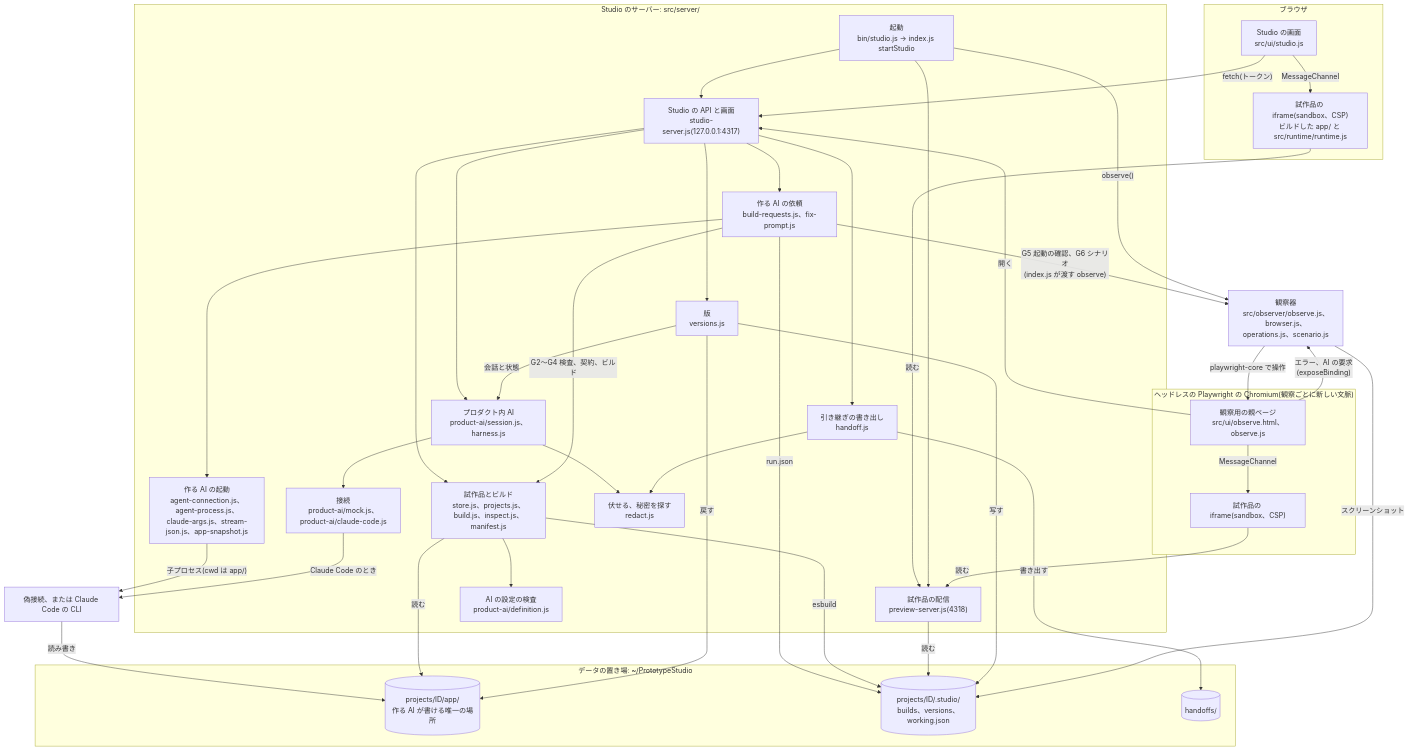
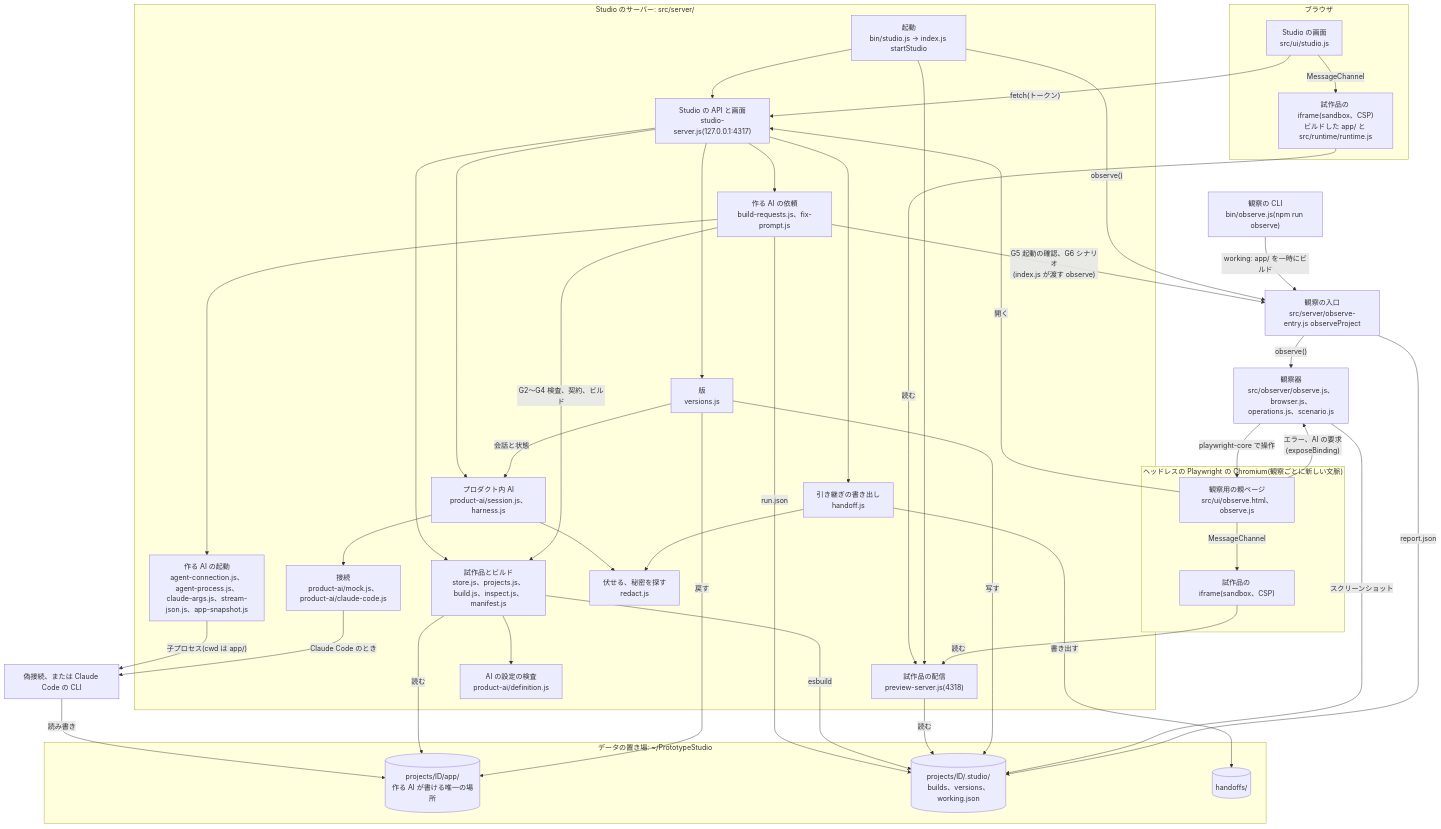
The second of 2 diagrams in docs/architecture/hld.md (jyoka/agent-prototype-studio), drawn with Mermaid before and after one commit. The commit also changed other lines of this file and 12 other files, not shown here.

Commit message:
task 310: Prototype Studio (14/31): 観察の CLI と、観察の入口を 1 つにする

````diff
--- a/docs/architecture/hld.md
+++ b/docs/architecture/hld.md
@@ -43,73 +43,78 @@
 ```mermaid
 flowchart TB
     subgraph browser["ブラウザ"]
         ui["Studio の画面<br/>src/ui/studio.js"]
         frame["試作品の iframe(sandbox、CSP)<br/>ビルドした app/ と src/runtime/runtime.js"]
     end
 
     subgraph headless["ヘッドレスの Playwright の Chromium(観察ごとに新しい文脈)"]
         host["観察用の親ページ<br/>src/ui/observe.html、observe.js"]
         oframe["試作品の iframe(sandbox、CSP)"]
     end
 
     subgraph server["Studio のサーバー: src/server/"]
         entry["起動<br/>bin/studio.js → index.js startStudio"]
         api["Studio の API と画面<br/>studio-server.js(127.0.0.1:4317)"]
         preview["試作品の配信<br/>preview-server.js(4318)"]
         store["試作品とビルド<br/>store.js、projects.js、build.js、inspect.js、<br/>manifest.js"]
         requests["作る AI の依頼<br/>build-requests.js、fix-prompt.js"]
         agent["作る AI の起動<br/>agent-connection.js、agent-process.js、<br/>claude-args.js、stream-json.js、app-snapshot.js"]
         ai["プロダクト内 AI<br/>product-ai/session.js、harness.js"]
         conn["接続<br/>product-ai/mock.js、product-ai/claude-code.js"]
         def["AI の設定の検査<br/>product-ai/definition.js"]
         versions["版<br/>versions.js"]
         handoff["引き継ぎの書き出し<br/>handoff.js"]
         redact["伏せる、秘密を探す<br/>redact.js"]
     end
 
+    observeEntry["観察の入口<br/>src/server/observe-entry.js observeProject"]
     observer["観察器<br/>src/observer/observe.js、browser.js、<br/>operations.js、scenario.js"]
+    observeCli["観察の CLI<br/>bin/observe.js(npm run observe)"]
 
     subgraph local["データの置き場: ~/PrototypeStudio"]
         app[("projects/ID/app/<br/>作る AI が書ける唯一の場所")]
         dotstudio[("projects/ID/.studio/<br/>builds、versions、working.json")]
         handoffs[("handoffs/")]
     end
 
     cli["偽接続、または Claude Code の CLI"]
 
     ui -- "fetch(トークン)" --> api
     ui -- "MessageChannel" --> frame
     frame -- "読む" --> preview
     entry --> api
     entry --> preview
     api --> store
     api --> requests
     api --> ai
     api --> versions
     api --> handoff
     requests --> agent
     agent -- "子プロセス(cwd は app/)" --> cli
     cli -- "読み書き" --> app
     requests -- "G2〜G4 検査、契約、ビルド" --> store
-    requests -- "G5 起動の確認、G6 シナリオ<br/>(index.js が渡す observe)" --> observer
+    requests -- "G5 起動の確認、G6 シナリオ<br/>(index.js が渡す observe)" --> observeEntry
     requests -- "run.json" --> dotstudio
     store --> def
     store -- "esbuild" --> dotstudio
     store -- "読む" --> app
     preview -- "読む" --> dotstudio
     ai --> conn
     conn -- "Claude Code のとき" --> cli
     ai --> redact
     versions -- "写す" --> dotstudio
     versions -- "戻す" --> app
     versions -- "会話と状態" --> ai
     handoff -- "書き出す" --> handoffs
     handoff --> redact
-    entry -- "observe()" --> observer
+    entry -- "observe()" --> observeEntry
+    observeCli -- "working: app/ を一時にビルド" --> observeEntry
+    observeEntry -- "observe()" --> observer
     observer -- "playwright-core で操作" --> host
     host -- "MessageChannel" --> oframe
     host -- "開く" --> api
     oframe -- "読む" --> preview
     host -- "エラー、AI の要求<br/>(exposeBinding)" --> observer
     observer -- "スクリーンショット" --> dotstudio
+    observeEntry -- "report.json" --> dotstudio
 ```
````
